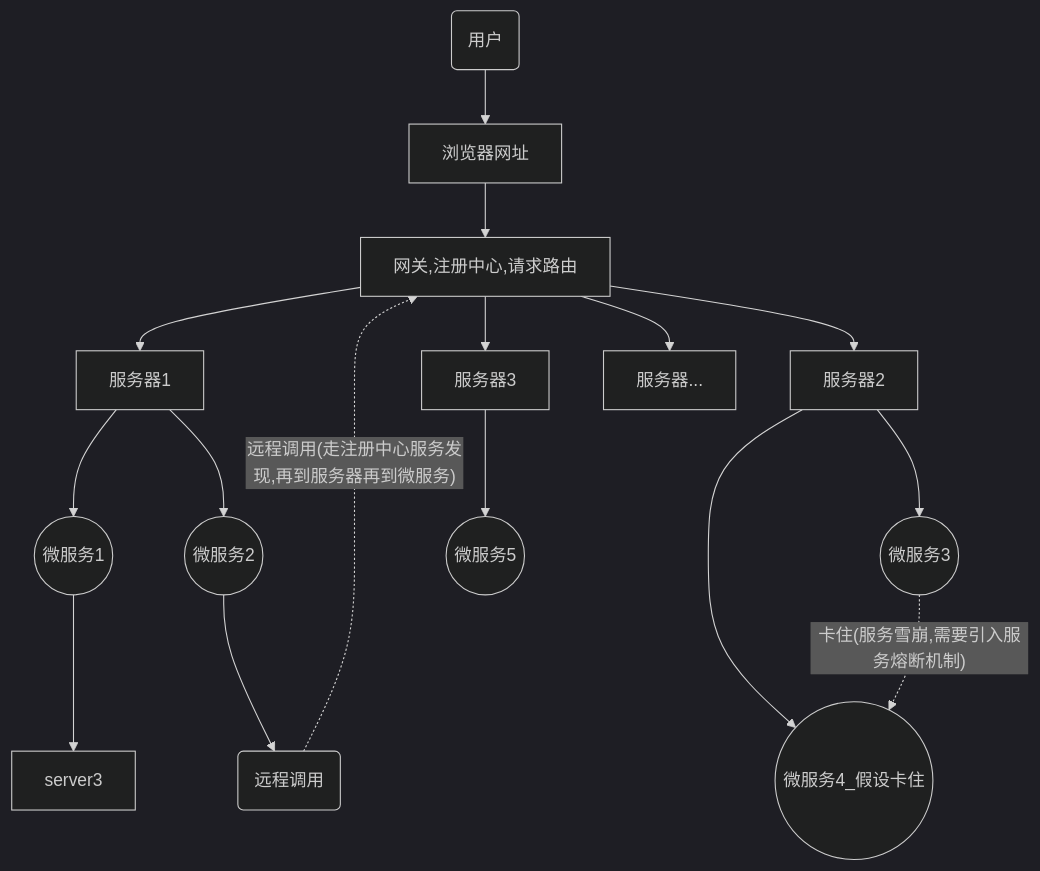
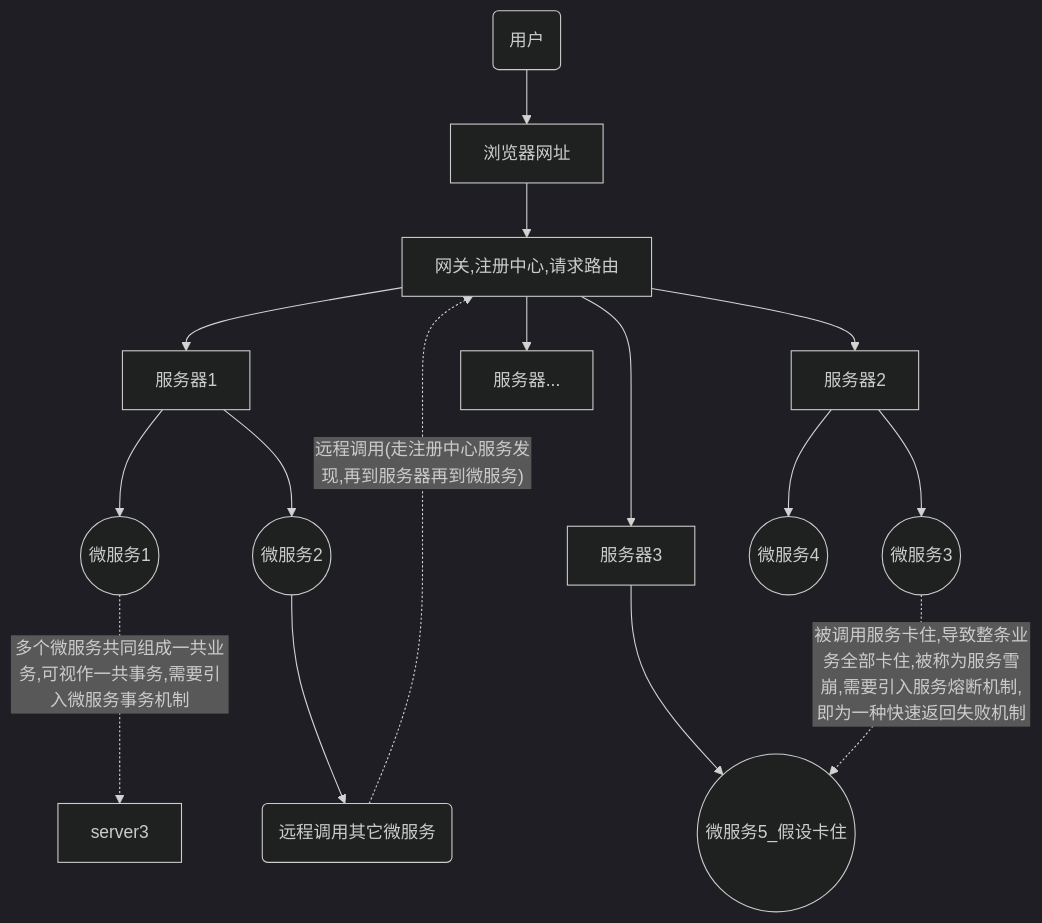
The diagram in README.md (IteratingSystem/cloud-demo), drawn with Mermaid (dark theme) before and after one commit.

Commit message:
流程图测试

````diff
--- a/README.md
+++ b/README.md
@@ -7,18 +7,18 @@
 ```mermaid
 graph TB
     User(用户) --> Browser[浏览器网址]
     Browser --> Gateway[网关,注册中心,请求路由]
     Gateway --> Service1[服务器1]
     Gateway --> Service2[服务器2]
     Gateway --> Service3[服务器3]
     Gateway --> Service...[服务器...]
     Service1 --> Server1((微服务1))
     Service1 --> Server2((微服务2))
     Service2 --> Server3((微服务3))
-    Service2 --> Server4((微服务4_假设卡住))
-    Service3 --> Server5((微服务5))
-    Server2 --> Remoting(远程调用)
+    Service2 --> Server4((微服务4))
+    Service3 --> Server5((微服务5_假设卡住))
+    Server2 --> Remoting(远程调用其它微服务)
     Remoting -.远程调用(走注册中心服务发现,再到服务器再到微服务).-> Gateway
-    Server1 --> server3
-    Server3 -.卡住(服务雪崩,需要引入服务熔断机制).-> Server4
+    Server1 -.多个微服务共同组成一共业务,可视作一共事务,需要引入微服务事务机制.-> server3
+    Server3 -.被调用服务卡住,导致整条业务全部卡住,被称为服务雪崩,需要引入服务熔断机制,即为一种快速返回失败机制.-> Server5
 ```
````
